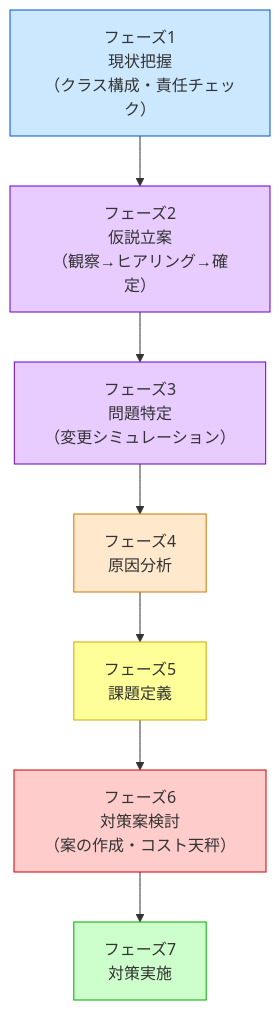
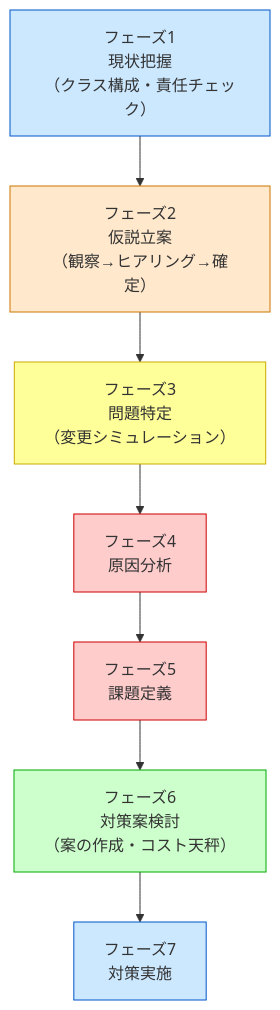
The diagram in kindle/design-patterns/output/chapter00_2.md (kumachan1101-pixel/DesignPattern), drawn with Mermaid before and after one commit. The commit also changed other lines of this file and 1 other file, not shown here.

````diff
--- a/kindle/design-patterns/output/chapter00_2.md
+++ b/kindle/design-patterns/output/chapter00_2.md
@@ -31,20 +31,20 @@
 ```mermaid
 graph TD
     F1["フェーズ1<br>現状把握<br>（クラス構成・責任チェック）"]
     F2["フェーズ2<br>仮説立案<br>（観察→ヒアリング→確定）"]
     F3["フェーズ3<br>問題特定<br>（変更シミュレーション）"]
     F4["フェーズ4<br>原因分析"]
     F5["フェーズ5<br>課題定義"]
     F6["フェーズ6<br>対策案検討<br>（案の作成・コスト天秤）"]
     F7["フェーズ7<br>対策実施"]
 
     F1 --> F2 --> F3 --> F4 --> F5 --> F6 --> F7
 
     style F1 fill:#cce8ff,stroke:#0055cc
-    style F2 fill:#e8ccff,stroke:#6600cc
-    style F3 fill:#e8ccff,stroke:#6600cc
-    style F4 fill:#ffe8cc,stroke:#cc7700
-    style F5 fill:#ffff99,stroke:#ccaa00
-    style F6 fill:#ffcccc,stroke:#cc0000
-    style F7 fill:#ccffcc,stroke:#00aa00
+    style F2 fill:#ffe8cc,stroke:#cc7700
+    style F3 fill:#ffff99,stroke:#ccaa00
+    style F4 fill:#ffcccc,stroke:#cc0000
+    style F5 fill:#ffcccc,stroke:#cc0000
+    style F6 fill:#ccffcc,stroke:#00aa00
+    style F7 fill:#cce8ff,stroke:#0055cc
 ```
````
